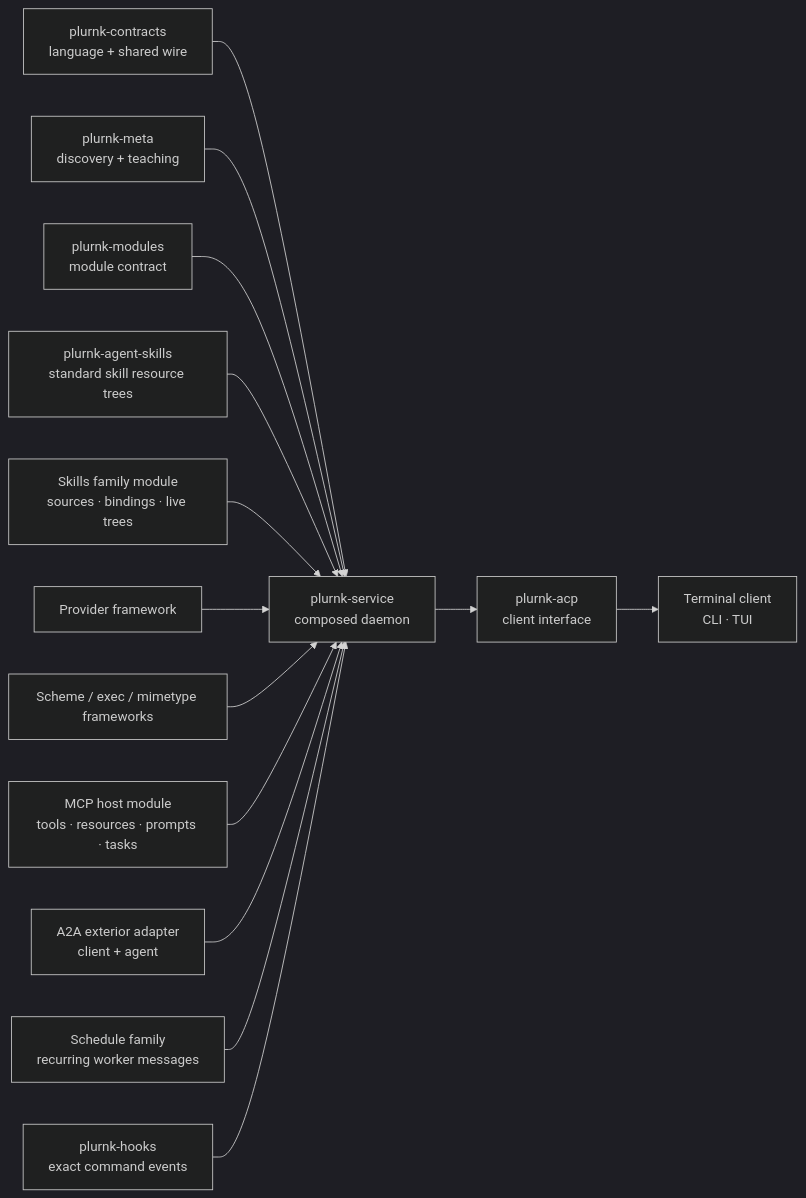
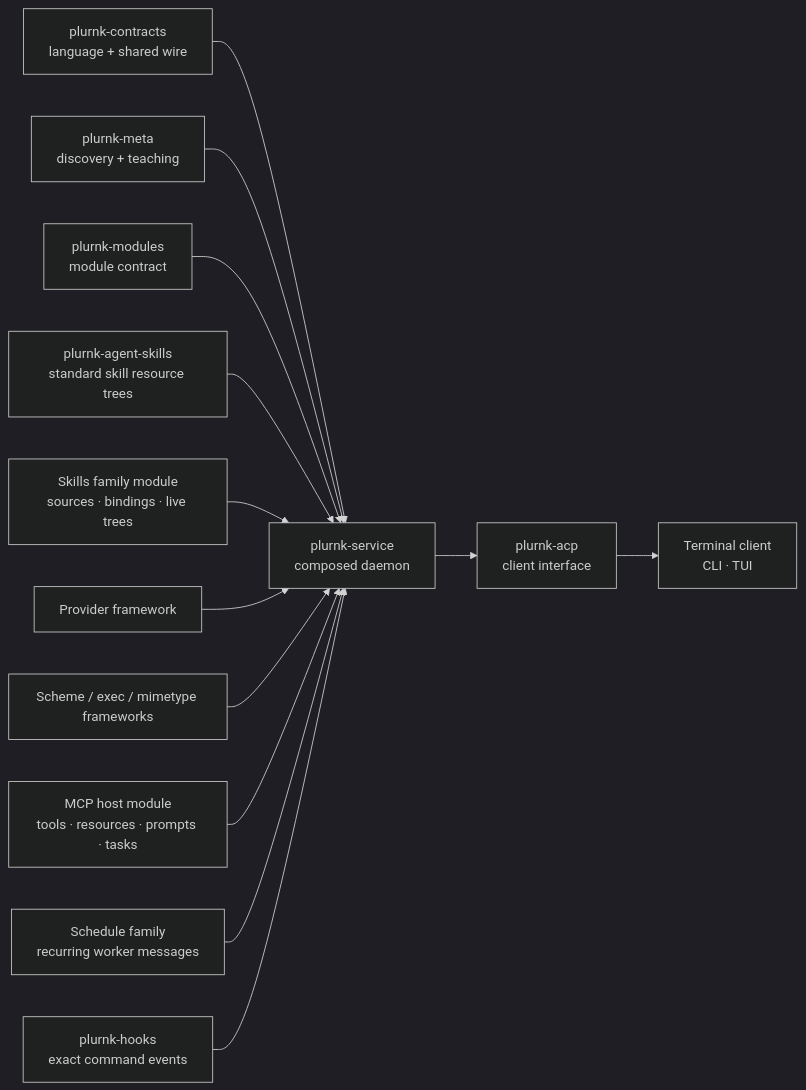
Before and after one commit to plurnk/plurnk-service: the second of 5 diagrams in ARCHITECTURE.md, drawn with Mermaid (dark theme). The commit also changed other lines of this file and 126 other files, not shown here.

````diff
--- a/ARCHITECTURE.md
+++ b/ARCHITECTURE.md
@@ -41,17 +39,16 @@
 ```mermaid
 flowchart LR
     contracts["plurnk-contracts<br/>language + shared wire"] --> core
     meta["plurnk-meta<br/>discovery + teaching"] --> core
     modules["plurnk-modules<br/>module contract"] --> core
     skills["plurnk-agent-skills<br/>standard skill resource trees"] --> core
     skillFamily["Skills family module<br/>sources · bindings · live trees"] --> core
     providers["Provider framework"] --> core
     frameworks["Scheme / exec / mimetype frameworks"] --> core
     mcp["MCP host module<br/>tools · resources · prompts · tasks"] --> core
-    a2a["A2A exterior adapter<br/>client + agent"] --> core
     schedule["Schedule family<br/>recurring worker messages"] --> core
     hooks["plurnk-hooks<br/>exact command events"] --> core
     core["plurnk-service<br/>composed daemon"]
     core --> acp["plurnk-acp<br/>client interface"]
     acp --> clients["Terminal client<br/>CLI · TUI"]
 ```
````
